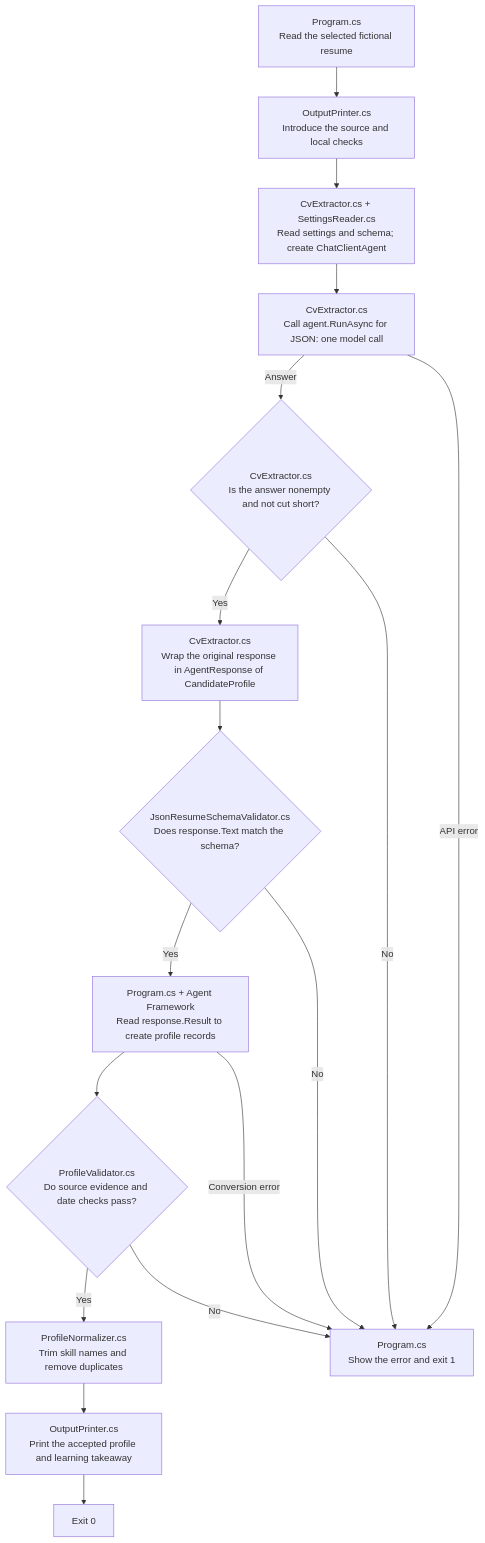
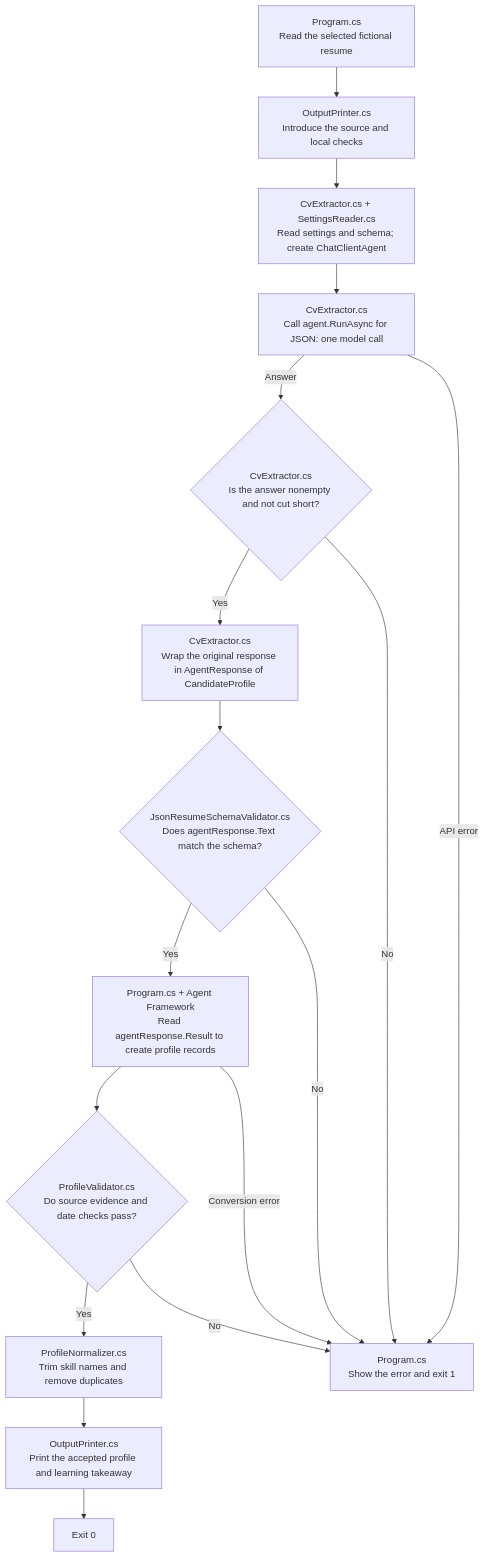
One commit to KhosroPakmanesh/ai-engineering-training changed the diagram in 02-structured-output/structured-output/README.md. Above: the diagram before and after it, drawn with Mermaid. The commit also changed other lines of this file and 177 other files, not shown here.

````diff
--- a/02-structured-output/structured-output/README.md
+++ b/02-structured-output/structured-output/README.md
@@ -21,19 +21,19 @@
 ```mermaid
 flowchart TD
     A["Program.cs<br/>Read the selected fictional resume"] --> O["OutputPrinter.cs<br/>Introduce the source and local checks"]
     O --> B["CvExtractor.cs + SettingsReader.cs<br/>Read settings and schema; create ChatClientAgent"]
     B --> C["CvExtractor.cs<br/>Call agent.RunAsync for JSON: one model call"]
     C -->|Answer| D{"CvExtractor.cs<br/>Is the answer nonempty and not cut short?"}
     D -->|Yes| R["CvExtractor.cs<br/>Wrap the original response in AgentResponse of CandidateProfile"]
-    R --> E{"JsonResumeSchemaValidator.cs<br/>Does response.Text match the schema?"}
-    E -->|Yes| P["Program.cs + Agent Framework<br/>Read response.Result to create profile records"]
+    R --> E{"JsonResumeSchemaValidator.cs<br/>Does agentResponse.Text match the schema?"}
+    E -->|Yes| P["Program.cs + Agent Framework<br/>Read agentResponse.Result to create profile records"]
     P --> V{"ProfileValidator.cs<br/>Do source evidence and date checks pass?"}
     V -->|Yes| F["ProfileNormalizer.cs<br/>Trim skill names and remove duplicates"]
     F --> G["OutputPrinter.cs<br/>Print the accepted profile and learning takeaway"]
     G --> H["Exit 0"]
     E -->|No| I["Program.cs<br/>Show the error and exit 1"]
     V -->|No| I
     C -->|API error| I
     D -->|No| I
     P -->|Conversion error| I
 ```
````
